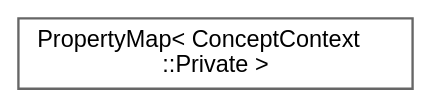
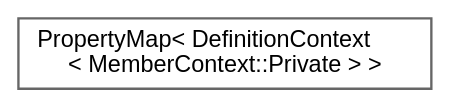
Before and after one commit to Sweco-NL/doxygen: the diagram in inherit_graph_603.dot, drawn with Graphviz. The commit also changed 7913 other files, not shown here.

```diff
--- a/inherit_graph_603.dot
+++ b/inherit_graph_603.dot
@@ -1,10 +1,10 @@
 digraph "Graphical Class Hierarchy"
 {
  // INTERACTIVE_SVG=YES
  // LATEX_PDF_SIZE
   bgcolor="transparent";
   edge [fontname=Helvetica,fontsize=10,labelfontname=Helvetica,labelfontsize=10];
   node [fontname=Helvetica,fontsize=10,shape=box,height=0.2,width=0.4];
   rankdir="LR";
-  Node0 [label="PropertyMap\< ConceptContext\l::Private \>",height=0.2,width=0.4,color="grey40", fillcolor="white", style="filled",URL="$d5/dbf/class_property_map.html",tooltip=" "];
+  Node0 [label="PropertyMap\< DefinitionContext\l\< MemberContext::Private \> \>",height=0.2,width=0.4,color="grey40", fillcolor="white", style="filled",URL="$d5/dbf/class_property_map.html",tooltip=" "];
 }
```
